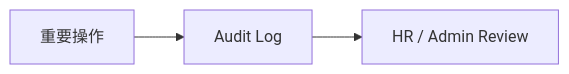
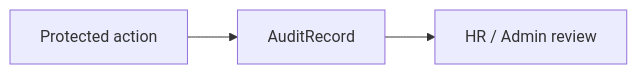
The diagram in docs/07-security/audit.md (369sup/worksync-hr), drawn with Mermaid before and after one commit. The commit also changed other lines of this file and 36 other files, not shown here.

````diff
--- a/docs/07-security/audit.md
+++ b/docs/07-security/audit.md
@@ -7,5 +7,5 @@
 ```mermaid
 flowchart LR
-  Action[重要操作] --> Log[Audit Log]
-  Log --> Review[HR / Admin Review]
+  ACTION[Protected action] --> RECORD[AuditRecord]
+  RECORD --> REVIEW[HR / Admin review]
 ```
````
